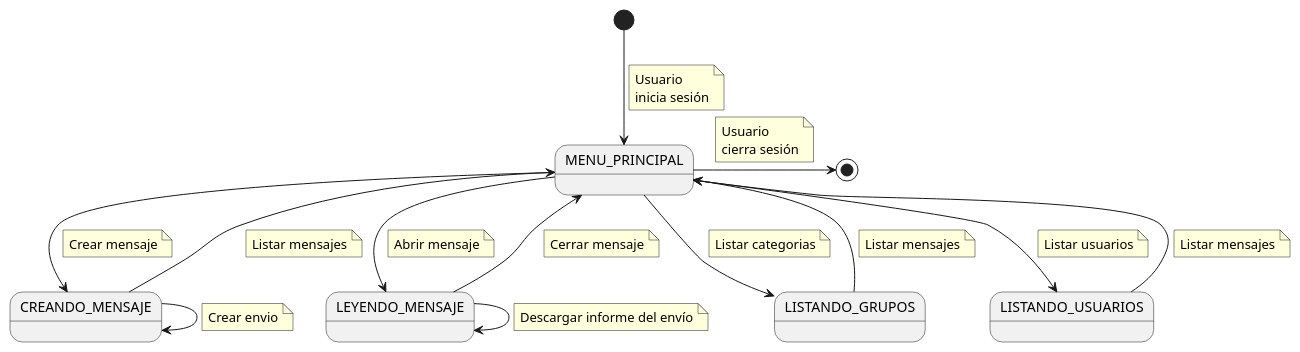
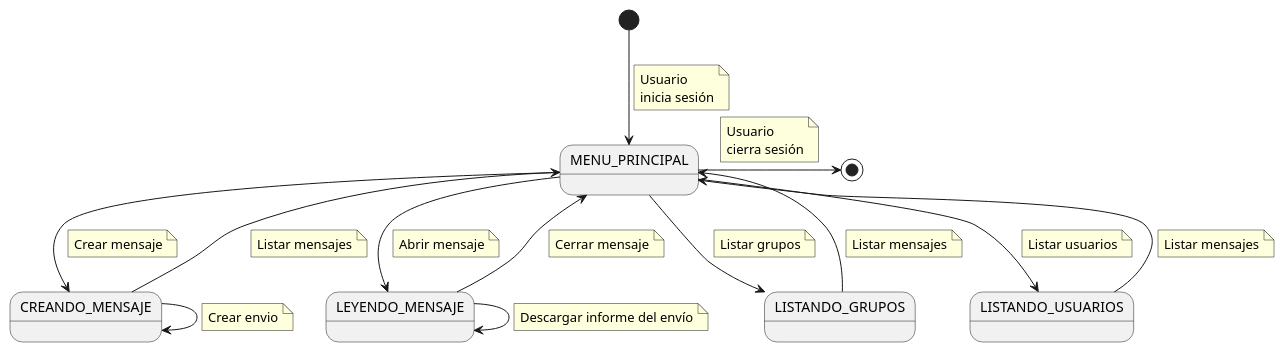
Before and after one commit to mmasias/24-25-IdSw1-SDR: the diagram in docs/casosDeUso/diagramaDeContexto/DiagramaDeContextoUsuario/diagramaContextoUsuario.puml, drawn with PlantUML. The commit also changed 14 other files, not shown here.

Commit message:
Feature/ diagramas detallados de grupos

```diff
--- a/docs/casosDeUso/diagramaDeContexto/DiagramaDeContextoUsuario/diagramaContextoUsuario.puml
+++ b/docs/casosDeUso/diagramaDeContexto/DiagramaDeContextoUsuario/diagramaContextoUsuario.puml
@@ -1,70 +1,70 @@
 @startuml diagramaContextoUsuario
 state "MENU_PRINCIPAL" as MenuPrincipal
 state "CREANDO_MENSAJE" as CreandoMensaje
 state "LEYENDO_MENSAJE" as LeyendoMensaje
 state "LISTANDO_GRUPOS" as Grupos
 state "LISTANDO_USUARIOS" as Usuarios
 
 [*] --> MenuPrincipal
     note on link
         Usuario 
         inicia sesión
     end note
 
 MenuPrincipal -> [*]
     note on link
         Usuario 
         cierra sesión
     end note
 
 MenuPrincipal --> LeyendoMensaje
     note on link
         Abrir mensaje
     end note
 
 LeyendoMensaje --> MenuPrincipal
     note on link
         Cerrar mensaje
     end note
 
 MenuPrincipal --> CreandoMensaje
     note on link
         Crear mensaje
     end note
 
 CreandoMensaje --> CreandoMensaje 
     note on link
         Crear envio
     end note
 
 LeyendoMensaje --> LeyendoMensaje 
     note on link
         Descargar informe del envío
     end note
 
 CreandoMensaje --> MenuPrincipal
     note on link
         Listar mensajes
     end note
 
 MenuPrincipal --> Grupos
     note on link
-        Listar categorias
+        Listar grupos
     end note
 
 Grupos --> MenuPrincipal
     note on link
         Listar mensajes
     end note
 
 MenuPrincipal --> Usuarios
     note on link
         Listar usuarios
     end note
 
 Usuarios--> MenuPrincipal
     note on link
         Listar mensajes
     end note
 
 @enduml
```
